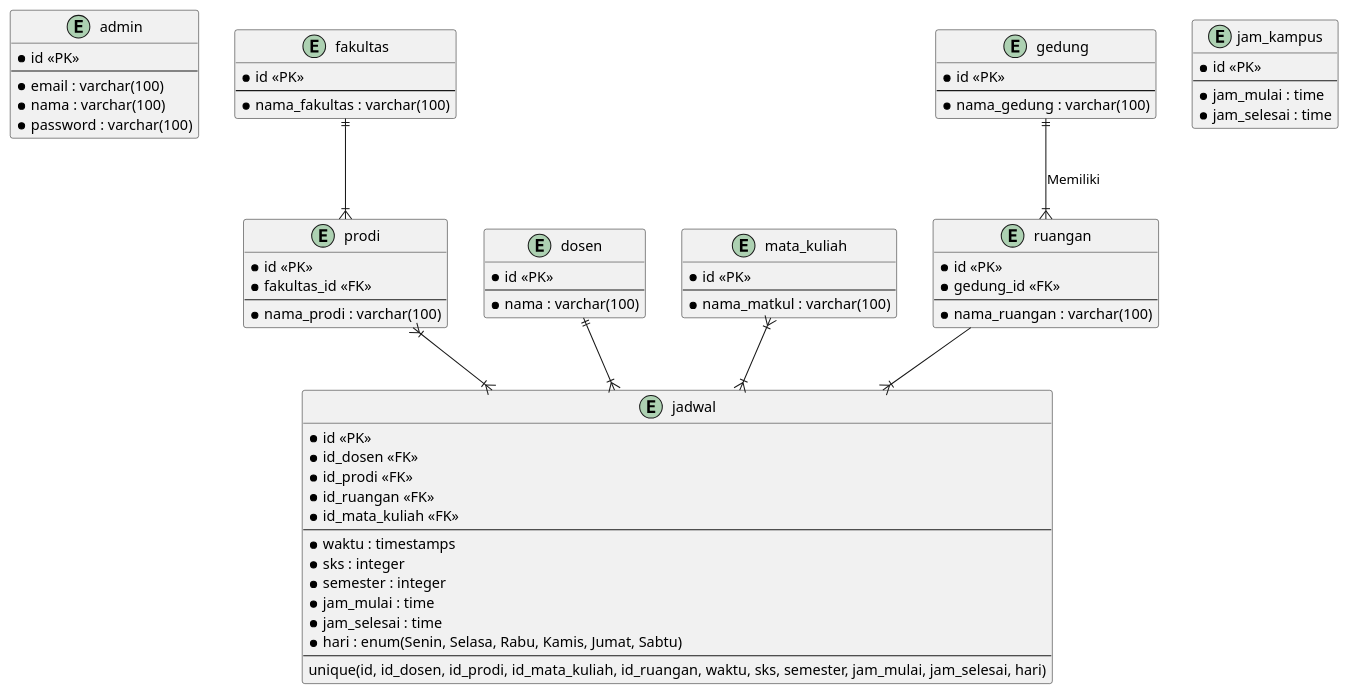
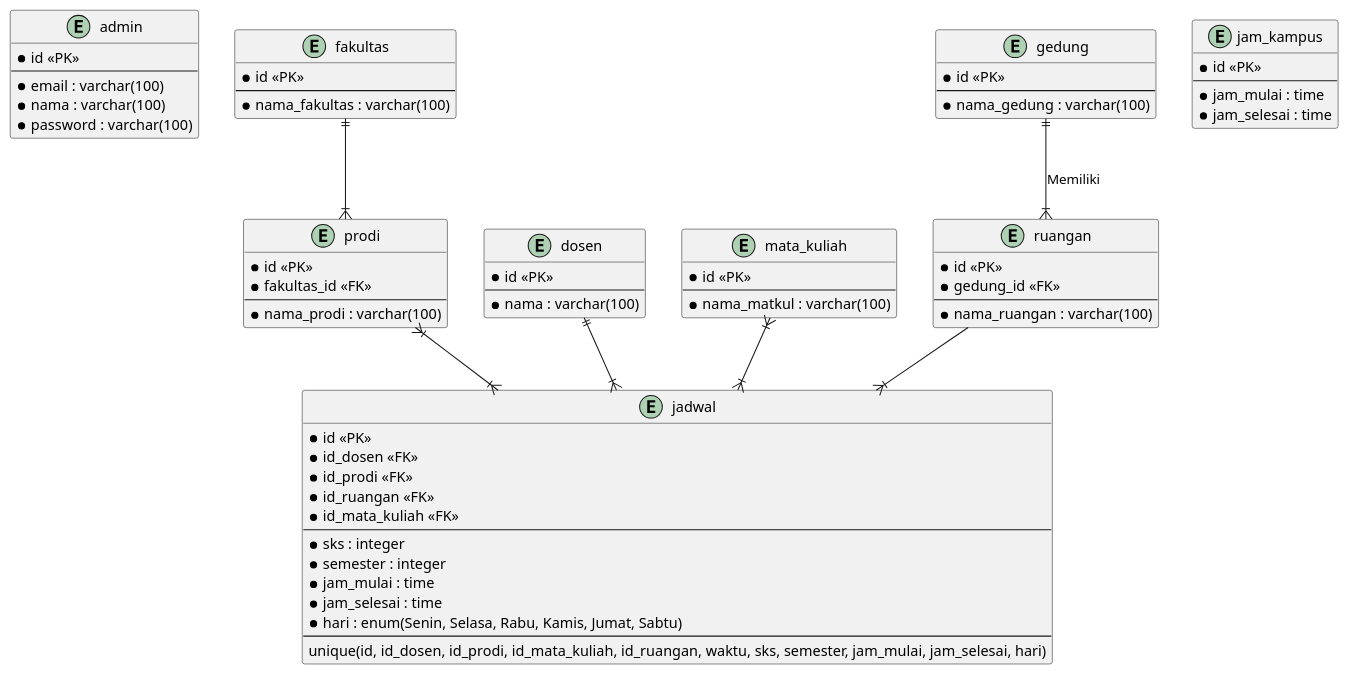
One commit to Ikhlashmulya/ucm changed the diagram in docs/database/database.puml. Above: the diagram before and after it, drawn with PlantUML. The commit also changed 21 other files, not shown here.

```diff
--- a/docs/database/database.puml
+++ b/docs/database/database.puml
@@ -1,81 +1,78 @@
 @startuml database_ucm
 
 Entity admin {
     * id <<PK>>
     ---
     * email : varchar(100)
     * nama : varchar(100)
     * password : varchar(100)
 }
 
 Entity fakultas {
     * id <<PK>>
     ---
     * nama_fakultas : varchar(100)
 }
 
 Entity prodi {
     * id <<PK>>
     * fakultas_id <<FK>>
     ---
     * nama_prodi : varchar(100)
 }
 
 Entity dosen {
     * id <<PK>>
     ---
     * nama : varchar(100)
 }
 
 Entity mata_kuliah {
     * id <<PK>>
     ---
     * nama_matkul : varchar(100)
 }
 
 Entity jam_kampus {
     * id <<PK>>
     --
     * jam_mulai : time
     * jam_selesai : time
 }
 
 Entity gedung {
     * id <<PK>>
     ---
     * nama_gedung : varchar(100)
 }
 
 Entity ruangan {
     * id <<PK>>
     * gedung_id <<FK>>
     ---
     * nama_ruangan : varchar(100)
 }
 
 Entity jadwal {
     * id <<PK>>
     * id_dosen <<FK>>
     * id_prodi <<FK>>
     * id_ruangan <<FK>>
     * id_mata_kuliah <<FK>>
     ---
-    * waktu : timestamps
     * sks : integer
     * semester : integer
     * jam_mulai : time
     * jam_selesai : time
     * hari : enum(Senin, Selasa, Rabu, Kamis, Jumat, Sabtu)
     ---
     unique(id, id_dosen, id_prodi, id_mata_kuliah, id_ruangan, waktu, sks, semester, jam_mulai, jam_selesai, hari)
 }
 
-
-
 gedung ||--|{ ruangan : "Memiliki"
 ruangan --|{ jadwal
 dosen ||--|{jadwal
 fakultas ||--|{ prodi
 prodi }|--|{jadwal
 mata_kuliah }|--|{ jadwal
 @enduml
```
